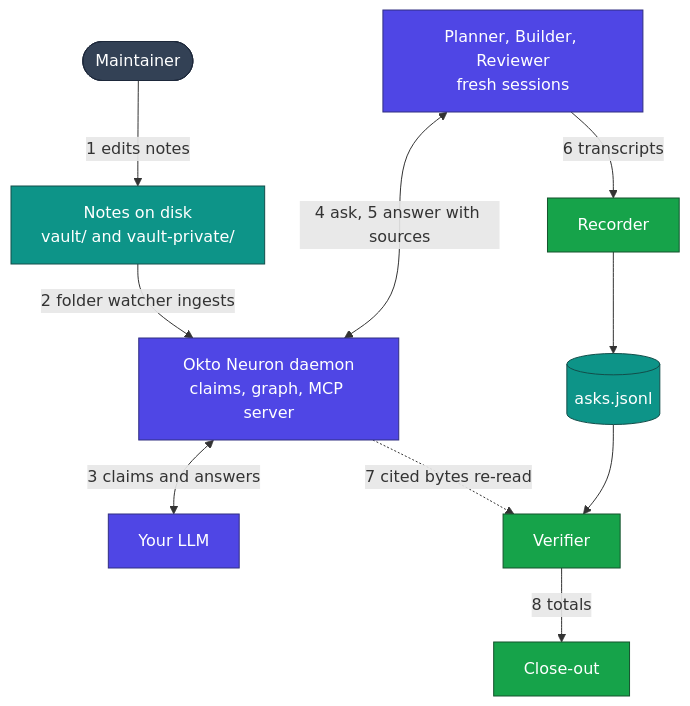
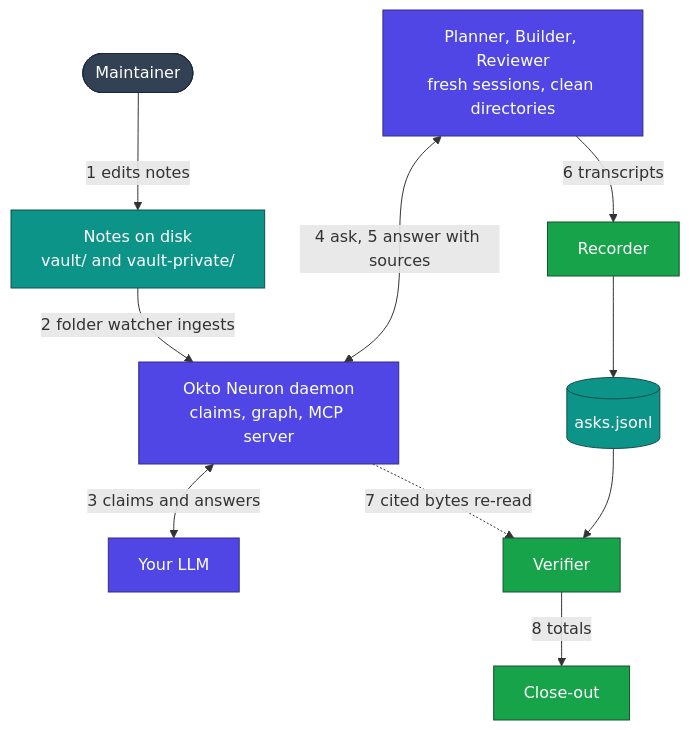
One commit to Infrasity-Labs/neuron-brownfield-longrun-demo changed the diagram in README.md. Above: the diagram before and after it, drawn with Mermaid. The commit also changed other lines of this file and 860 other files, not shown here.

````diff
--- a/README.md
+++ b/README.md
@@ -95,21 +134,21 @@
 ```mermaid
 flowchart TD
     M(["Maintainer"]) -->|"1 edits notes"| N["Notes on disk<br/>vault/ and vault-private/"]
     N -->|"2 folder watcher ingests"| D["Okto Neuron daemon<br/>claims, graph, MCP server"]
     D <-->|"3 claims and answers"| L["Your LLM"]
-    R["Planner, Builder, Reviewer<br/>fresh sessions"] <-->|"4 ask, 5 answer with sources"| D
+    R["Planner, Builder, Reviewer<br/>fresh sessions, clean directories"] <-->|"4 ask, 5 answer with sources"| D
     R -->|"6 transcripts"| REC["Recorder"]
     REC --> A[("asks.jsonl")]
     A --> V["Verifier"]
     D -.->|"7 cited bytes re-read"| V
     V -->|"8 totals"| X["Close-out"]
 
     classDef person fill:#334155,stroke:#1e293b,color:#ffffff
     classDef svc fill:#4f46e5,stroke:#312e81,color:#ffffff
     classDef data fill:#0d9488,stroke:#134e4a,color:#ffffff
     classDef check fill:#16a34a,stroke:#14532d,color:#ffffff
     class M person
     class D,R,L svc
     class N,A data
     class REC,V,X check
 ```
````
